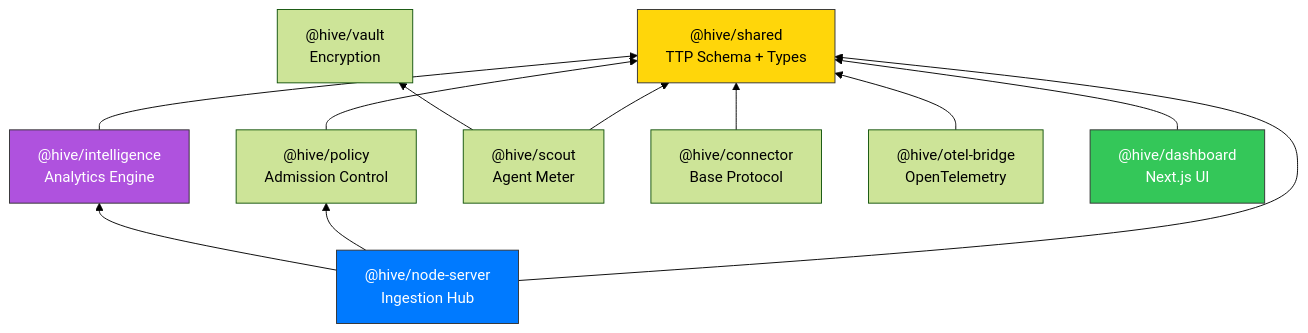
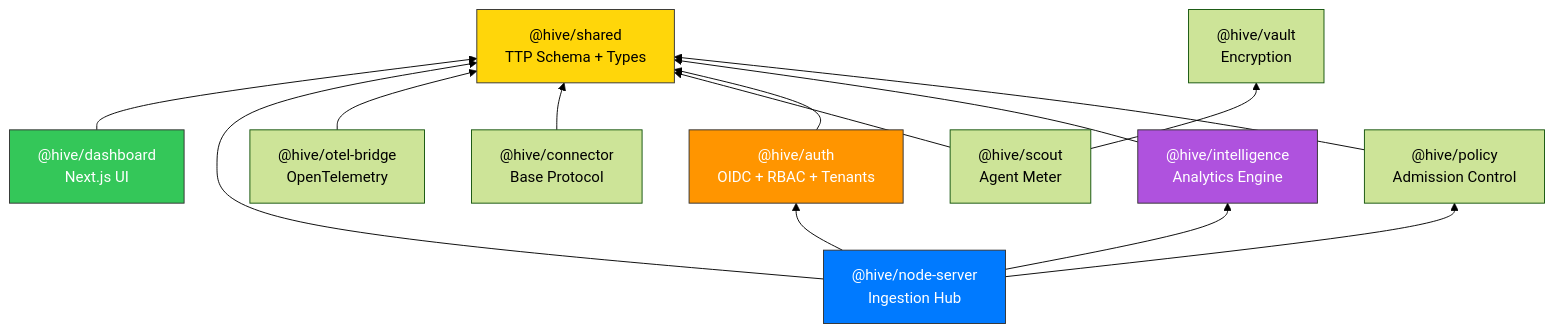
The third of 11 diagrams in QUICKSTART.md (vishalm/hivehq), drawn with Mermaid (forest theme) before and after one commit. The commit also changed other lines of this file and 1 other file, not shown here.

Commit message:
Add HIVE Chat widget and LLM Settings page with Ollama default

````diff
--- a/QUICKSTART.md
+++ b/QUICKSTART.md
@@ -103,28 +113,32 @@
 ```mermaid
 graph BT
     SH["@hive/shared<br/>TTP Schema + Types"]
     PO["@hive/policy<br/>Admission Control"]
     INT["@hive/intelligence<br/>Analytics Engine"]
+    AU["@hive/auth<br/>OIDC + RBAC + Tenants"]
     VT["@hive/vault<br/>Encryption"]
     SC["@hive/scout<br/>Agent Meter"]
     CN["@hive/connector<br/>Base Protocol"]
     OT["@hive/otel-bridge<br/>OpenTelemetry"]
     NS["@hive/node-server<br/>Ingestion Hub"]
     DB["@hive/dashboard<br/>Next.js UI"]
 
     PO --> SH
     INT --> SH
+    AU --> SH
     SC --> SH
     SC --> VT
     CN --> SH
     OT --> SH
     NS --> SH
     NS --> PO
     NS --> INT
+    NS --> AU
     DB --> SH
 
     style SH fill:#ffd60a,stroke:#333,color:#000
     style NS fill:#007aff,stroke:#333,color:#fff
     style DB fill:#34c759,stroke:#333,color:#fff
     style INT fill:#af52de,stroke:#333,color:#fff
+    style AU fill:#ff9500,stroke:#333,color:#fff
 ```
````
